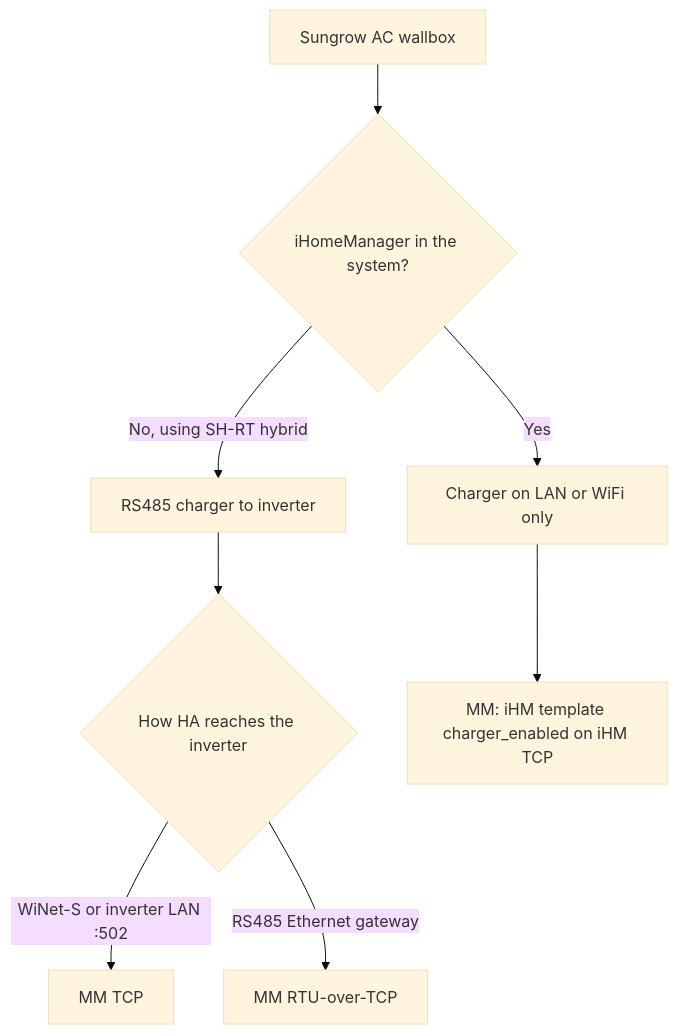
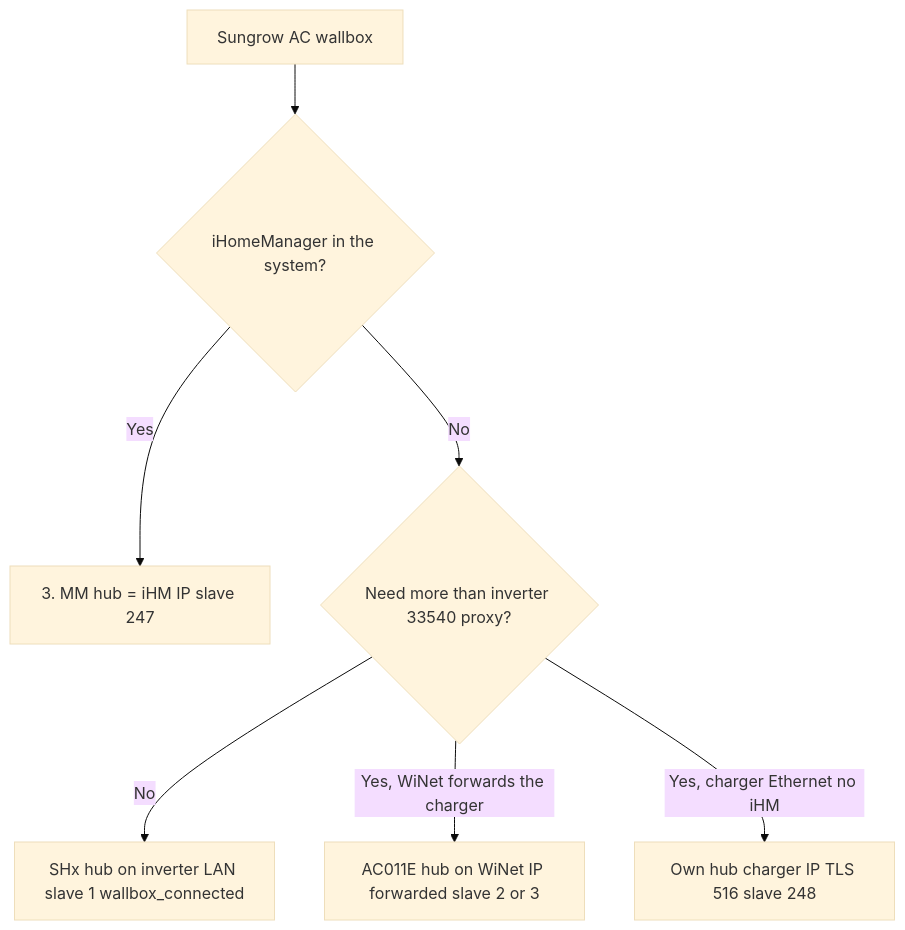
One commit to TCzerny/ha-modbus-manager changed the diagram in docs/README_sungrow_wallbox_connection.md. Above: the diagram before and after it, drawn with Mermaid (base theme). The commit also changed other lines of this file and 10 other files, not shown here.

First line of the commit message:
feat: add Sungrow wallbox LAN TLS and document WiNet vs inverter LAN (#127).

````diff
--- a/docs/README_sungrow_wallbox_connection.md
+++ b/docs/README_sungrow_wallbox_connection.md
@@ -35,11 +27,10 @@
 ```mermaid
 flowchart TD
   start[Sungrow AC wallbox]
   start --> ihm{iHomeManager in the system?}
-  ihm -->|No, using SH-RT hybrid| rs485[RS485 charger to inverter]
-  rs485 --> gw{How HA reaches the inverter}
-  gw -->|WiNet-S or inverter LAN :502| mm1[MM TCP]
-  gw -->|RS485 Ethernet gateway| mm1b[MM RTU-over-TCP]
-  ihm -->|Yes| lan[Charger on LAN or WiFi only]
-  lan --> mm2[MM: iHM template charger_enabled on iHM TCP]
+  ihm -->|Yes| mm3[3. MM hub = iHM IP slave 247]
+  ihm -->|No| more{Need more than inverter 33540 proxy?}
+  more -->|No| mm1p[SHx hub on inverter LAN slave 1 wallbox_connected]
+  more -->|Yes, WiNet forwards the charger| mm1f[AC011E hub on WiNet IP forwarded slave 2 or 3]
+  more -->|Yes, charger Ethernet no iHM| mm2[Own hub charger IP TLS 516 slave 248]
 ```
````
